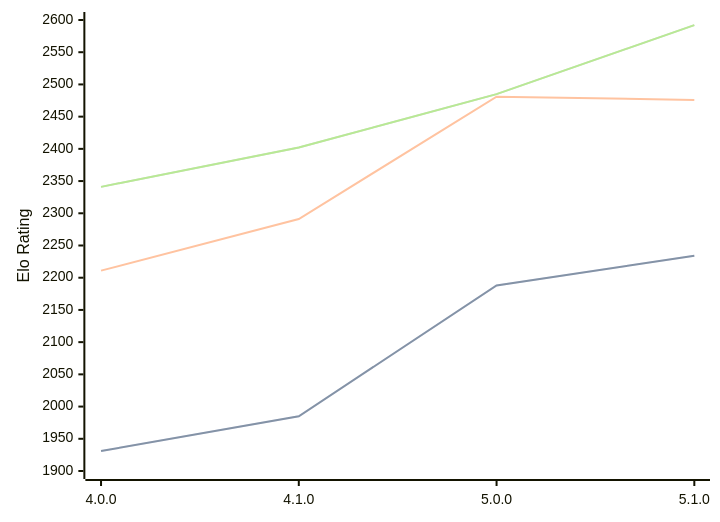
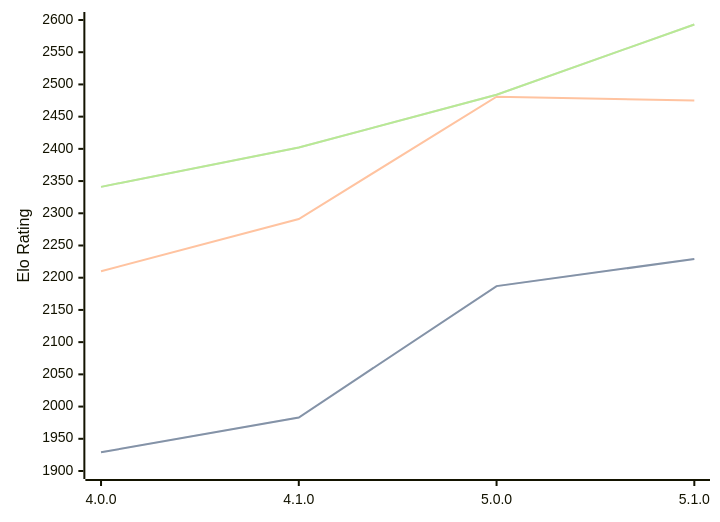
One commit to computer-chess-index/cci changed the diagram in engines/Aconcagua.md. Above: the diagram before and after it, drawn with Mermaid. The commit also changed other lines of this file, not shown here.

Commit message:
Update CCI Ratings (ELO VLTC) - 2026-04-06

````diff
--- a/engines/Aconcagua.md
+++ b/engines/Aconcagua.md
@@ -43,11 +43,11 @@
 ```mermaid
 %%{init: {"theme":"base","themeVariables":{"seriesColors:['#a3a3a3','#222221','#faa371']}}}%%
 xychart-beta
   x-axis ["4.0.0", "4.1.0", "5.0.0", "5.1.0"]
   y-axis "Elo Rating" 1900 --> 2600
-  line "STC (8.0+0.08s)" [1931, 1985, 2188, 2234]
-  line "STC (8.0+0.08s)" [1931, 1985, 2188, 2234]
-  line "LTC (60.0+0.60s)" [2211, 2291, 2481, 2476]
-  line "VLTC (2m24s+1.12s)" [2341, 2402, 2485, 2592]
-  line "VLTC (2m24s+1.12s)" [2341, 2402, 2485, 2592]
+  line "STC (8.0+0.08s)" [1929, 1983, 2187, 2229]
+  line "STC (8.0+0.08s)" [1929, 1983, 2187, 2229]
+  line "LTC (60.0+0.60s)" [2210, 2291, 2481, 2475]
+  line "VLTC (2m24s+1.12s)" [2341, 2402, 2484, 2593]
+  line "VLTC (2m24s+1.12s)" [2341, 2402, 2484, 2593]
 ```
````
